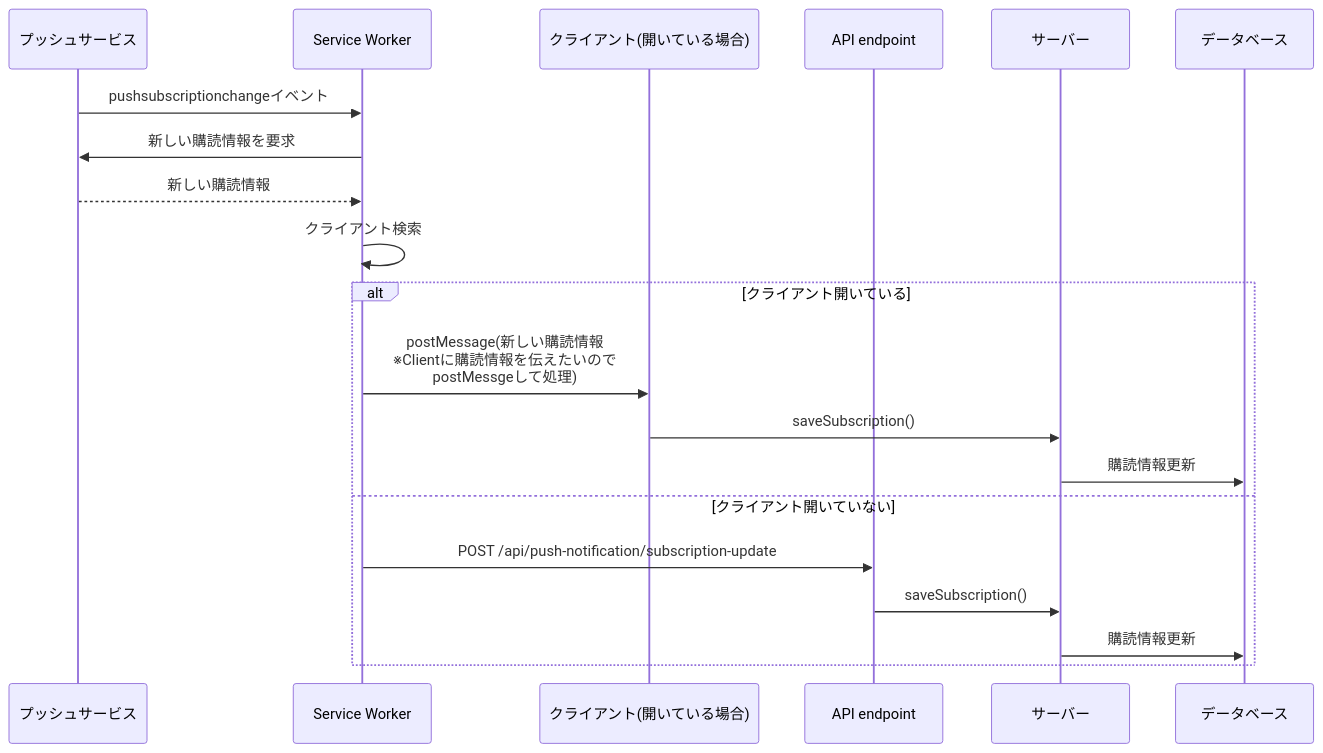
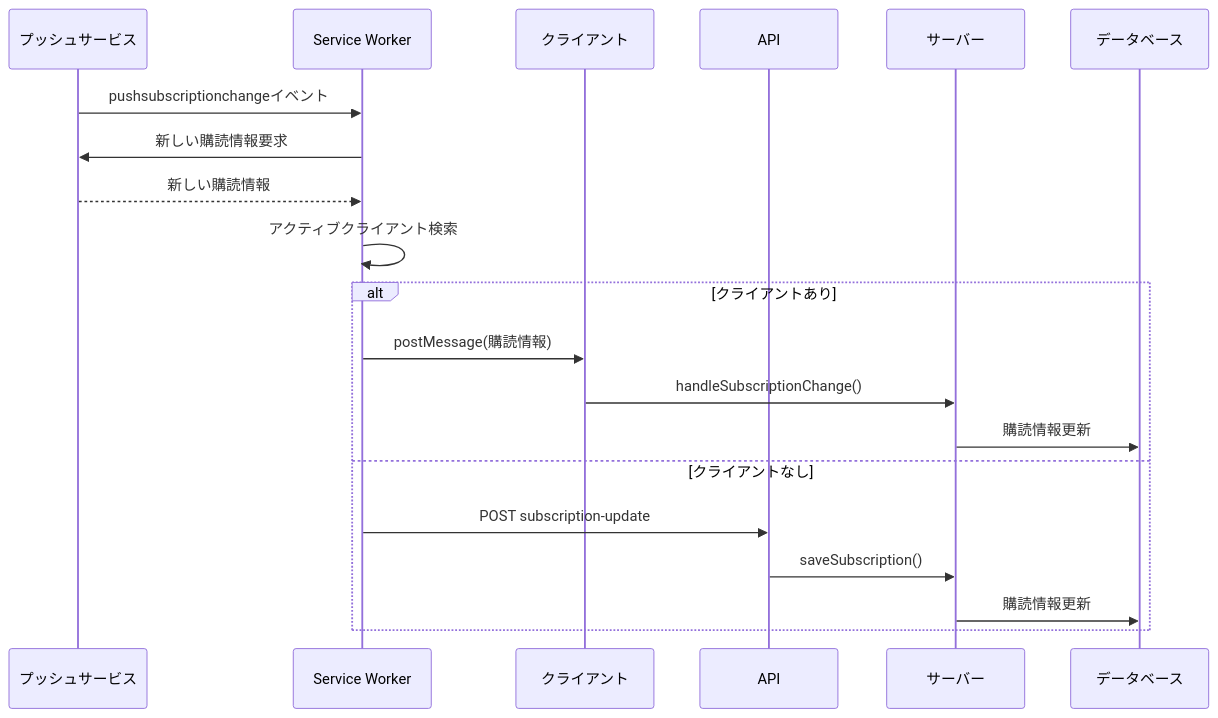
Before and after one commit to yuichisugio/freeism: the third of 3 diagrams in specification/push-notification.md, drawn with Mermaid. The commit also changed other lines of this file, not shown here.

Commit message:
docs: push-notificationの仕様をmarkdownでまとめた！

````diff
--- a/specification/push-notification.md
+++ b/specification/push-notification.md
@@ -610,25 +647,25 @@
 ```mermaid
 sequenceDiagram
     participant PS as プッシュサービス
     participant SW as Service Worker
-    participant Client as クライアント(開いている場合)
-    participant API as API endpoint
+    participant Client as クライアント
+    participant API as API
     participant Server as サーバー
     participant DB as データベース
 
     PS->>SW: pushsubscriptionchangeイベント
-    SW->>PS: 新しい購読情報を要求
+    SW->>PS: 新しい購読情報要求
     PS-->>SW: 新しい購読情報
 
-    SW->>SW: クライアント検索
+    SW->>SW: アクティブクライアント検索
 
-    alt クライアント開いている
-        SW->>Client: postMessage(新しい購読情報<br/>※Clientに購読情報を伝えたいので<br>postMessgeして処理)
-        Client->>Server: saveSubscription()
+    alt クライアントあり
+        SW->>Client: postMessage(購読情報)
+        Client->>Server: handleSubscriptionChange()
         Server->>DB: 購読情報更新
-    else クライアント開いていない
-        SW->>API: POST /api/push-notification/subscription-update
+    else クライアントなし
+        SW->>API: POST subscription-update
         API->>Server: saveSubscription()
         Server->>DB: 購読情報更新
     end
 ```
````
